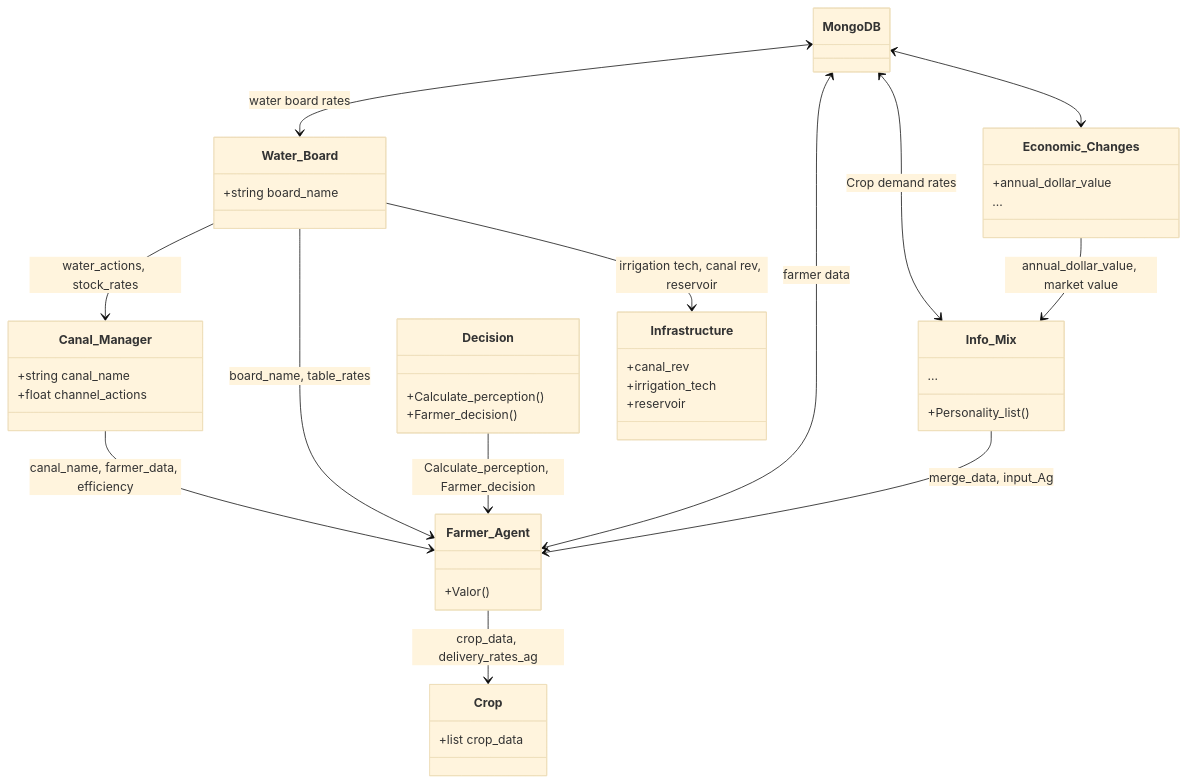
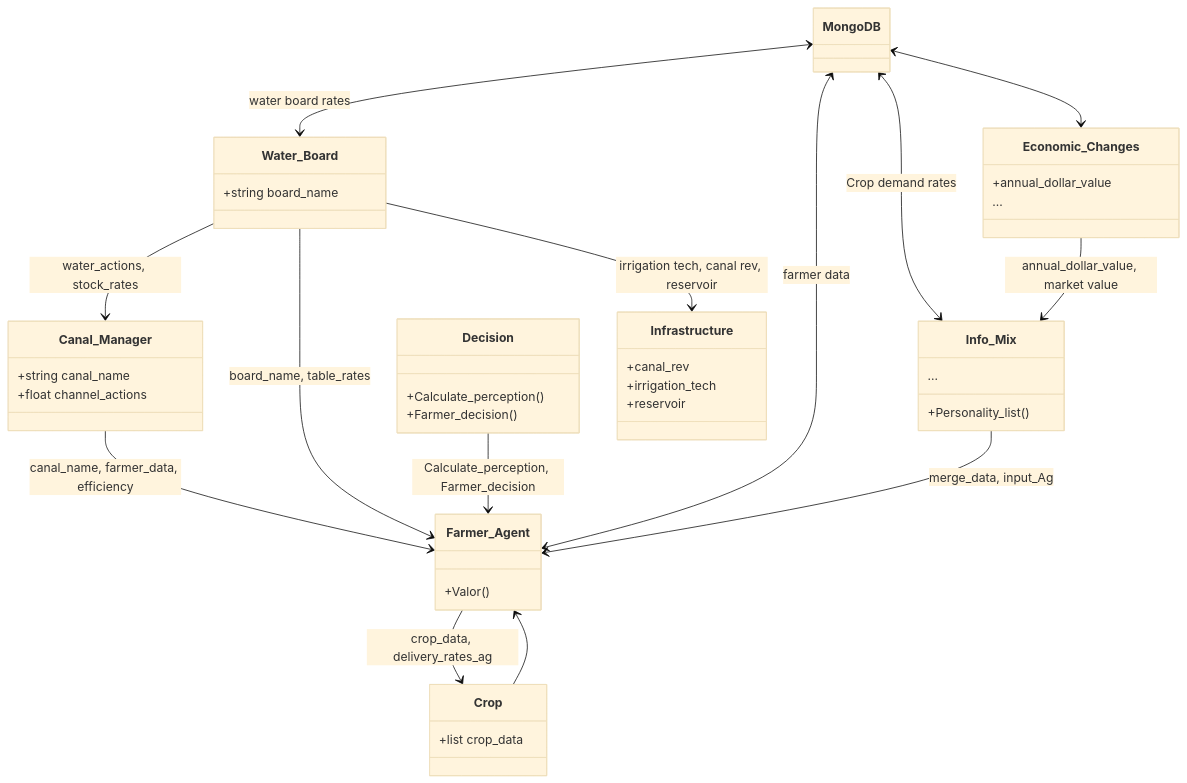
Before and after one commit to Pablov81/Agrotopia: the diagram in README.md, drawn with Mermaid (base theme).

````diff
--- a/README.md
+++ b/README.md
@@ -46,57 +46,62 @@
 ```mermaid
 classDiagram
     class MongoDB {
     }
 
     class Water_Board {
         +string board_name
     }
 
     class Infrastructure {
         +canal_rev
         +irrigation_tech
         +reservoir
     }
 
     class Canal_Manager {
         +string canal_name
         +float channel_actions
     }
 
     class Farmer_Agent {
         +Valor()
     }
 
     class Decision {
         +Calculate_perception()
         +Farmer_decision()
     }
 
     class Crop {
         +list crop_data
     }
 
     class Info_Mix {
         +Personality_list()
         ...
     }
 
     class Economic_Changes {
         +annual_dollar_value
         ... 
     }
 
+
+
     MongoDB <--> Water_Board: water board rates
     MongoDB <--> Farmer_Agent: farmer data
     MongoDB <--> Info_Mix: Crop demand rates
     MongoDB <--> Economic_Changes
     Water_Board --> Canal_Manager: water_actions, stock_rates
     Water_Board --> Farmer_Agent: board_name, table_rates
     Water_Board --> Infrastructure: irrigation tech, canal rev, reservoir
     Canal_Manager --> Farmer_Agent: canal_name, farmer_data, efficiency
     Info_Mix --> Farmer_Agent: merge_data, input_Ag
     Farmer_Agent --> Crop: crop_data, delivery_rates_ag
+    Crop --> Farmer_Agent
     Economic_Changes --> Info_Mix: annual_dollar_value, market value
     Decision --> Farmer_Agent: Calculate_perception, Farmer_decision
 
+
+
 ```
````
